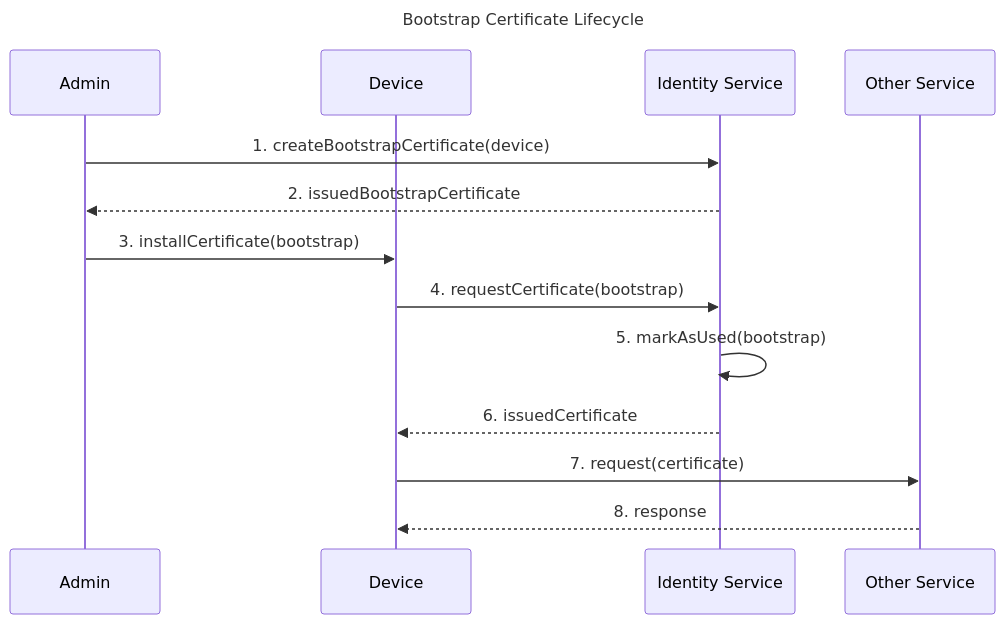
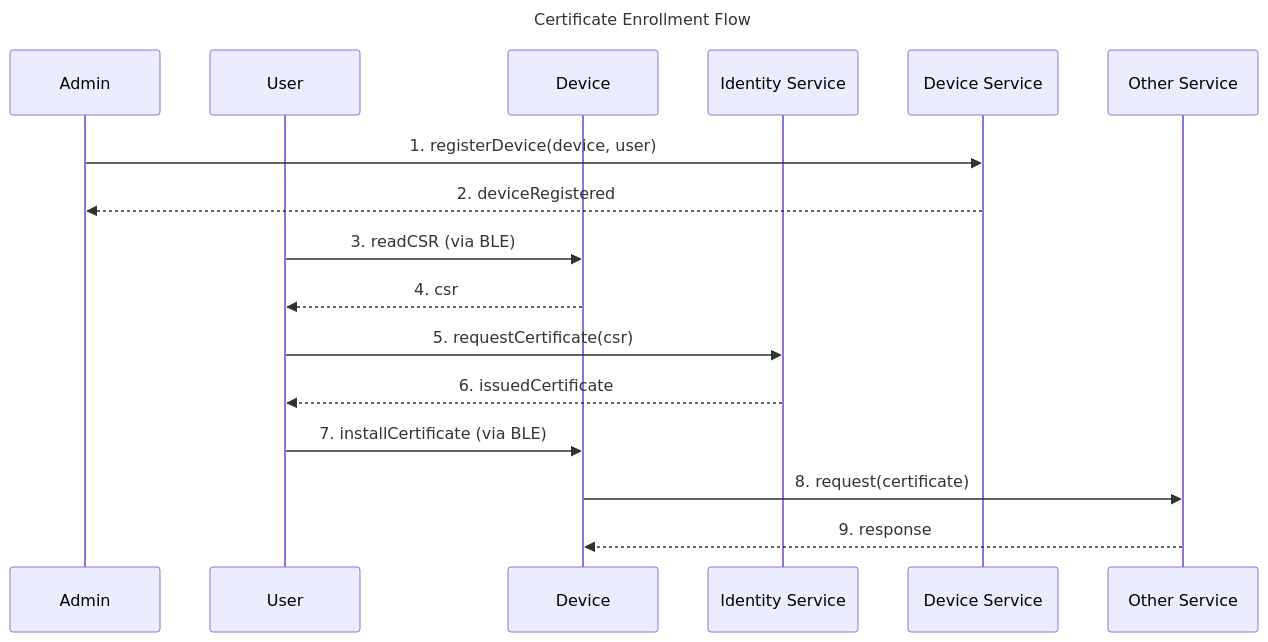
One commit to diogocerqueiralima/vehicle-tracker changed the first of 2 diagrams in docs/device/authentication/certificate-lifecycle.md. Above: the diagram before and after it, drawn with Mermaid. The commit also changed other lines of this file and 2 other files, not shown here.

First line of the commit message:
docs: update certificate enrollment flow and fix documentation issues

````diff
--- a/docs/device/authentication/certificate-lifecycle.md
+++ b/docs/device/authentication/certificate-lifecycle.md
@@ -20,18 +20,25 @@
 ```mermaid
 sequenceDiagram
-    title Bootstrap Certificate Lifecycle
+    title Certificate Enrollment Flow
 
     participant Admin
+    participant User
     participant Device
     participant IdentityService as Identity Service
+    participant DeviceService as Device Service
     participant OtherService as Other Service
 
-    Admin->>IdentityService: 1. createBootstrapCertificate(device)
-    IdentityService-->>Admin: 2. issuedBootstrapCertificate
-    Admin->>Device: 3. installCertificate(bootstrap)
-    Device->>IdentityService: 4. requestCertificate(bootstrap)
-    IdentityService->>IdentityService: 5. markAsUsed(bootstrap)
-    IdentityService-->>Device: 6. issuedCertificate
-    Device->>OtherService: 7. request(certificate)
-    OtherService-->>Device: 8. response
+    Admin->>DeviceService: 1. registerDevice(device, user)
+    DeviceService-->>Admin: 2. deviceRegistered
+
+    User->>Device: 3. readCSR (via BLE)
+    Device-->>User: 4. csr
+
+    User->>IdentityService: 5. requestCertificate(csr)
+    IdentityService-->>User: 6. issuedCertificate
+
+    User->>Device: 7. installCertificate (via BLE)
+
+    Device->>OtherService: 8. request(certificate)
+    OtherService-->>Device: 9. response
 ```
````
